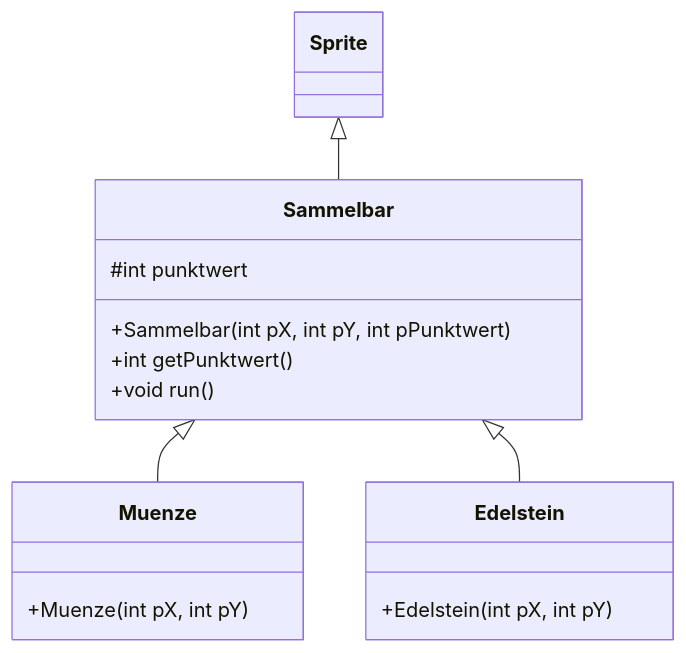
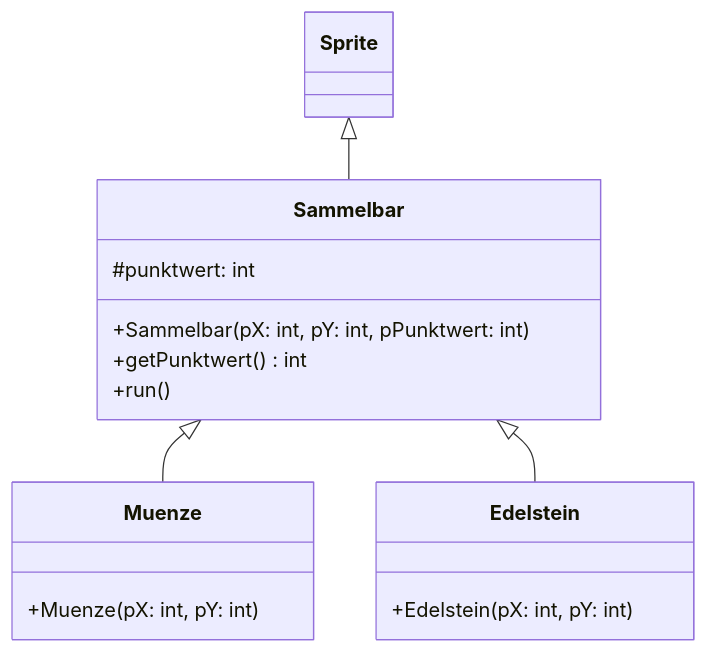
One commit to openpatch/hyperbook-informatik changed the diagram in book/oberstufe/oop/01-grundlagen/06-objektorientierung/05-eigene-sprites.md. Above: the diagram before and after it, drawn with Mermaid. The commit also changed 19 other files, not shown here.

Commit message:
richtige implementationsdiagramme

````diff
--- a/book/oberstufe/oop/01-grundlagen/06-objektorientierung/05-eigene-sprites.md
+++ b/book/oberstufe/oop/01-grundlagen/06-objektorientierung/05-eigene-sprites.md
@@ -145,18 +145,18 @@
 ```mermaid
 classDiagram
     class Sammelbar {
-        #int punktwert
-        +Sammelbar(int pX, int pY, int pPunktwert)
-        +int getPunktwert()
-        +void run()
+        #punktwert: int
+        +Sammelbar(pX: int, pY: int, pPunktwert: int)
+        +getPunktwert() int
+        +run()
     }
     class Muenze {
-        +Muenze(int pX, int pY)
+        +Muenze(pX: int, pY: int)
     }
     class Edelstein {
-        +Edelstein(int pX, int pY)
+        +Edelstein(pX: int, pY: int)
     }
     Sprite <|-- Sammelbar
     Sammelbar <|-- Muenze
     Sammelbar <|-- Edelstein
 ```
````
